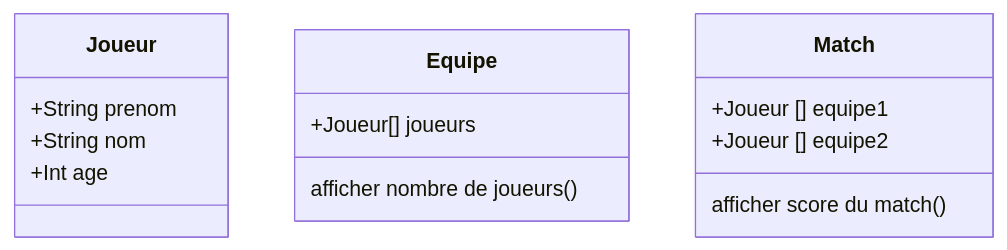
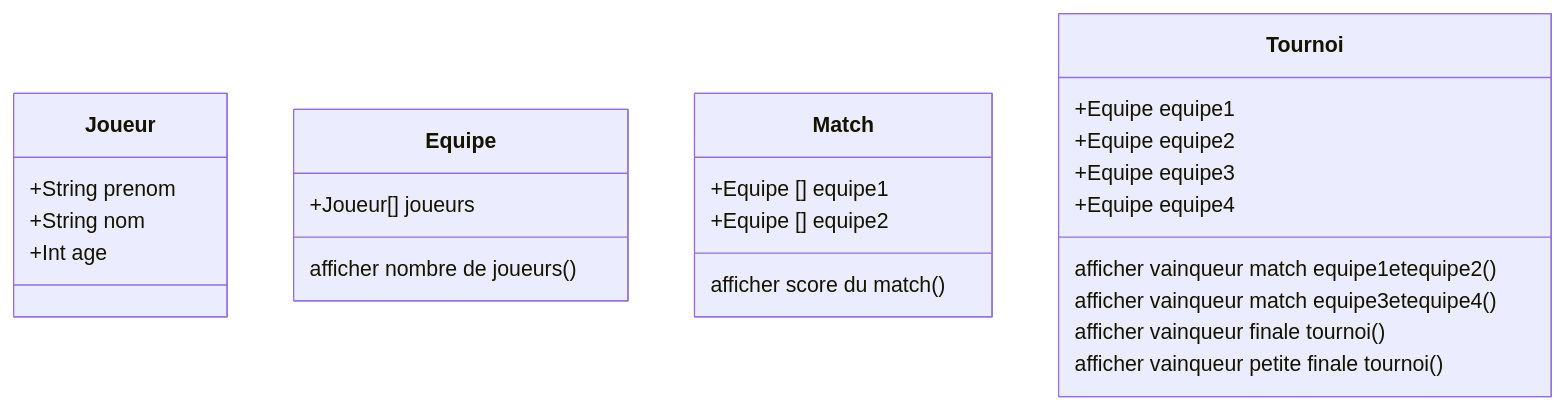
Before and after one commit to areverdy/poo_exo_debut: the third of 3 diagrams in diagrams.md, drawn with Mermaid. The commit also changed 2 other files, not shown here.

Commit message:
ajout tournoi et maj diagramme

````diff
--- a/diagrams.md
+++ b/diagrams.md
@@ -31,18 +31,30 @@
 ```mermaid
  classDiagram
     class Joueur{
       +String prenom
       +String nom
       +Int age      
     }
     class Equipe{
         +Joueur[] joueurs
         afficher nombre de joueurs()
     }
     class Match{
-        +Joueur [] equipe1
-        +Joueur [] equipe2
+        +Equipe [] equipe1
+        +Equipe [] equipe2
         afficher score du match()
+    }
+    class Tournoi{
+        +Equipe equipe1
+        +Equipe equipe2
+        +Equipe equipe3
+        +Equipe equipe4
+        afficher vainqueur match equipe1etequipe2()
+        afficher vainqueur match equipe3etequipe4()
+        afficher vainqueur finale tournoi()
+        afficher vainqueur petite finale tournoi ()
+
+        
     }
         
  ```
````
